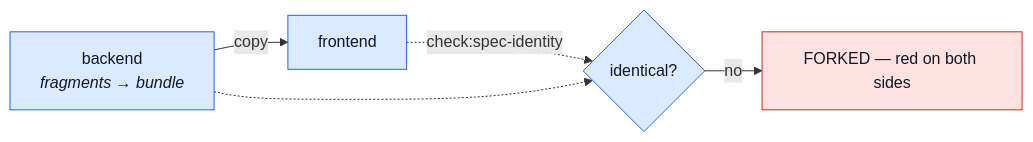
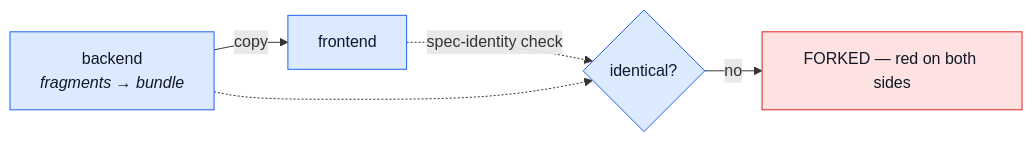
Before and after one commit to Guebbit/boilerplate-node-backend: the fifth of 5 diagrams in docs/theory/module-lifecycle.md, drawn with Mermaid. The commit also changed other lines of this file and 112 other files, not shown here.

````diff
--- a/docs/theory/module-lifecycle.md
+++ b/docs/theory/module-lifecycle.md
@@ -486,12 +486,12 @@
 ```mermaid
 %%{init: {'flowchart': {'nodeSpacing': 40, 'rankSpacing': 40}}}%%
 flowchart LR
     BE["backend<br/><i>fragments → bundle</i>"] -->|copy| FE["frontend"]
-    FE -.->|"check:spec-identity"| GATE{"identical?"}
+    FE -.->|"spec-identity check"| GATE{"identical?"}
     BE -.-> GATE
     GATE -->|no| RED["FORKED — red on both sides"]
     classDef n fill:#dbeafe,stroke:#2563eb,color:#111827;
     classDef r fill:#fee2e2,stroke:#dc2626,color:#111827;
     class BE,FE,GATE n;
     class RED r;
 ```
````
